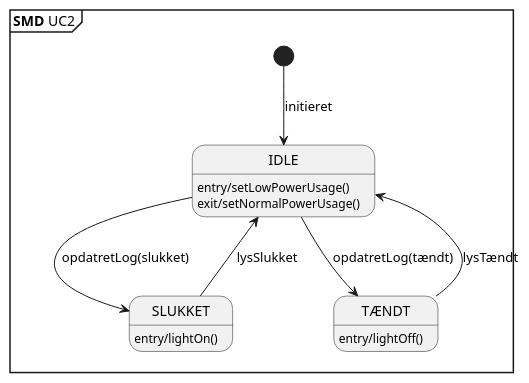
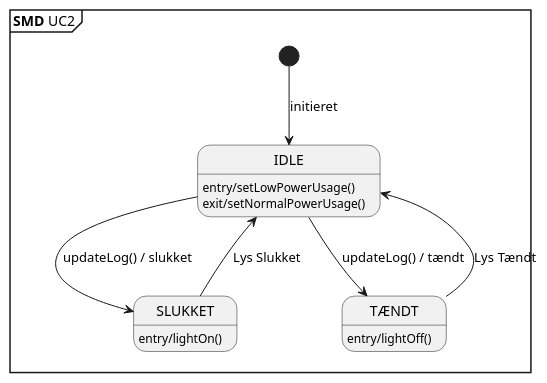
One commit to Tukkel/Projekt_2 changed the diagram in Updated SysML/Software Arkitektur-Design/UC2 AM/SMD UC2.puml. Above: the diagram before and after it, drawn with PlantUML. The commit also changed 7 other files, not shown here.

Commit message:
opdateret diagrammer, engelsk

```diff
--- a/Updated SysML/Software Arkitektur-Design/UC2 AM/SMD UC2.puml
+++ b/Updated SysML/Software Arkitektur-Design/UC2 AM/SMD UC2.puml
@@ -1,25 +1,25 @@
 @startuml SMD UC2
 
 mainframe **SMD** UC2
 
 hide empty description
 
 [*] --> IDLE : initieret
 
 state IDLE : entry/setLowPowerUsage()
 state IDLE : exit/setNormalPowerUsage()  
 
 state SLUKKET : entry/lightOn()
 state TÆNDT  : entry/lightOff()
 
 
-IDLE --> TÆNDT : opdatretLog(tændt)
-TÆNDT --> IDLE : lysTændt
+IDLE --> TÆNDT : updateLog() / tændt
+TÆNDT --> IDLE : Lys Tændt
 
-IDLE --> SLUKKET : opdatretLog(slukket)
-SLUKKET --> IDLE : lysSlukket
+IDLE --> SLUKKET : updateLog() / slukket
+SLUKKET --> IDLE : Lys Slukket
 
 
 
 
 @enduml
```
